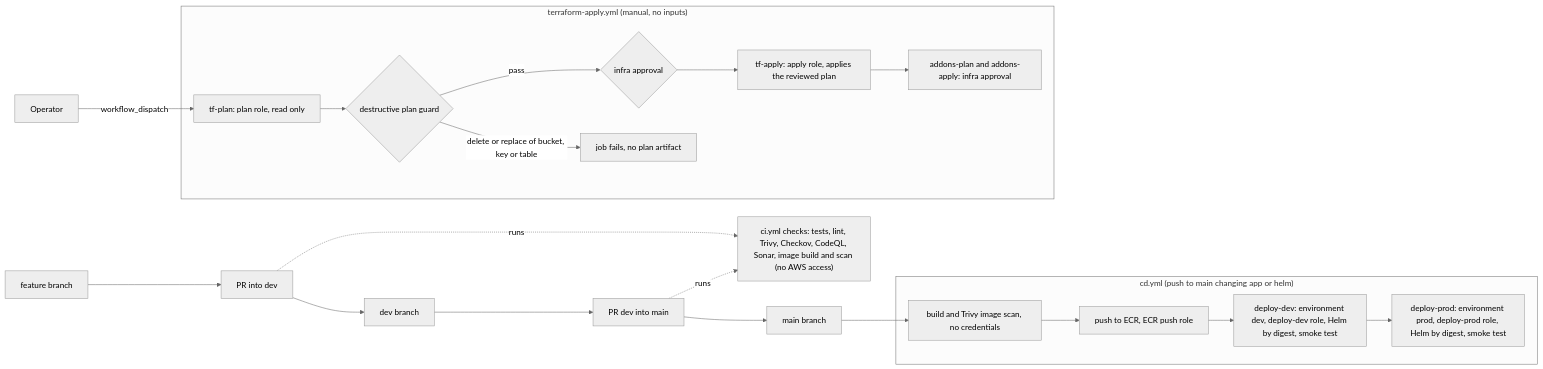
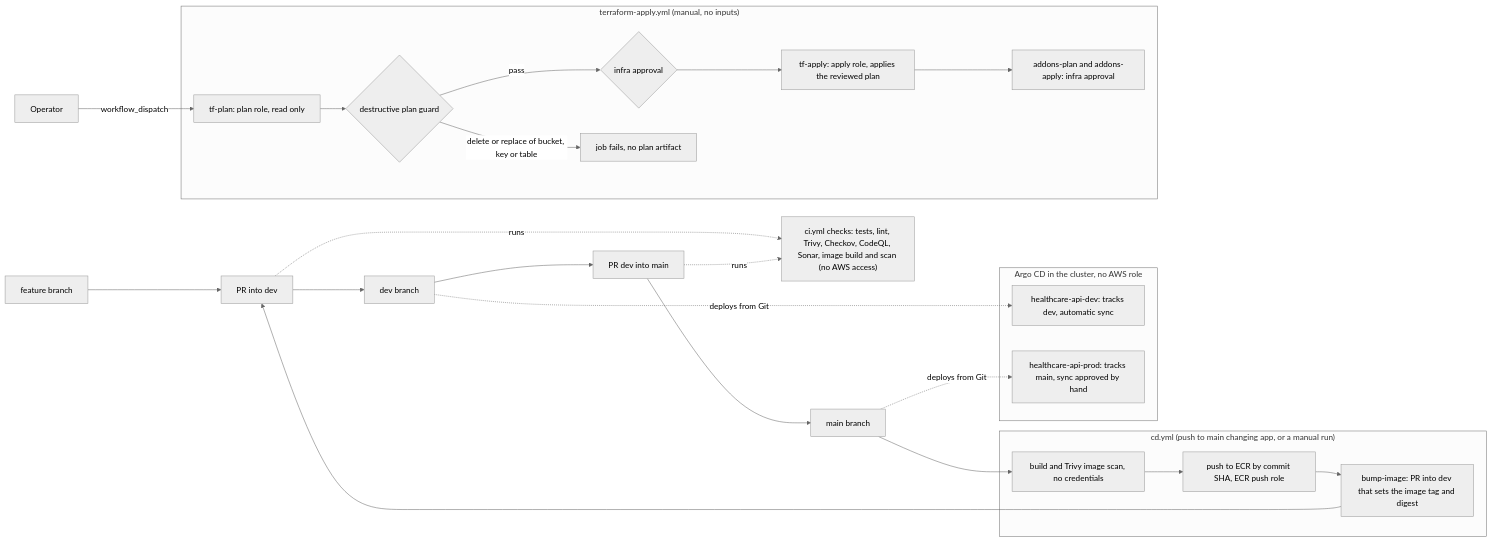
Before and after one commit to zeinhaidara/healthcare-eks-secops: the second of 3 diagrams in docs/architecture.md, drawn with Mermaid (neutral theme). The commit also changed other lines of this file and 9 other files, not shown here.

````diff
--- a/docs/architecture.md
+++ b/docs/architecture.md
@@ -78,35 +78,42 @@
 ```mermaid
 flowchart LR
     feat["feature branch"]
     prdev["PR into dev"]
     devbr["dev branch"]
     prmain["PR dev into main"]
     mainbr["main branch"]
     ci["ci.yml checks: tests, lint, Trivy, Checkov, CodeQL, Sonar, image build and scan (no AWS access)"]
 
     feat --> prdev --> devbr --> prmain --> mainbr
     prdev -. "runs" .-> ci
     prmain -. "runs" .-> ci
 
-    subgraph cd["cd.yml (push to main changing app or helm)"]
+    subgraph cd["cd.yml (push to main changing app, or a manual run)"]
         build["build and Trivy image scan, no credentials"]
-        push["push to ECR, ECR push role"]
-        ddev["deploy-dev: environment dev, deploy-dev role, Helm by digest, smoke test"]
-        dprod["deploy-prod: environment prod, deploy-prod role, Helm by digest, smoke test"]
-        build --> push --> ddev --> dprod
+        push["push to ECR by commit SHA, ECR push role"]
+        bump["bump-image: PR into dev that sets the image tag and digest"]
+        build --> push --> bump
     end
     mainbr --> build
+    bump --> prdev
+
+    subgraph argo["Argo CD in the cluster, no AWS role"]
+        adev["healthcare-api-dev: tracks dev, automatic sync"]
+        aprod["healthcare-api-prod: tracks main, sync approved by hand"]
+    end
+    devbr -. "deploys from Git" .-> adev
+    mainbr -. "deploys from Git" .-> aprod
 
     subgraph tf["terraform-apply.yml (manual, no inputs)"]
         plan["tf-plan: plan role, read only"]
         guard{"destructive plan guard"}
         gate{"infra approval"}
         apply["tf-apply: apply role, applies the reviewed plan"]
         addons["addons-plan and addons-apply: infra approval"]
         plan --> guard
         guard -- "pass" --> gate
         guard -- "delete or replace of bucket, key or table" --> blocked["job fails, no plan artifact"]
         gate --> apply --> addons
     end
     operator["Operator"] -- "workflow_dispatch" --> plan
 ```
````
